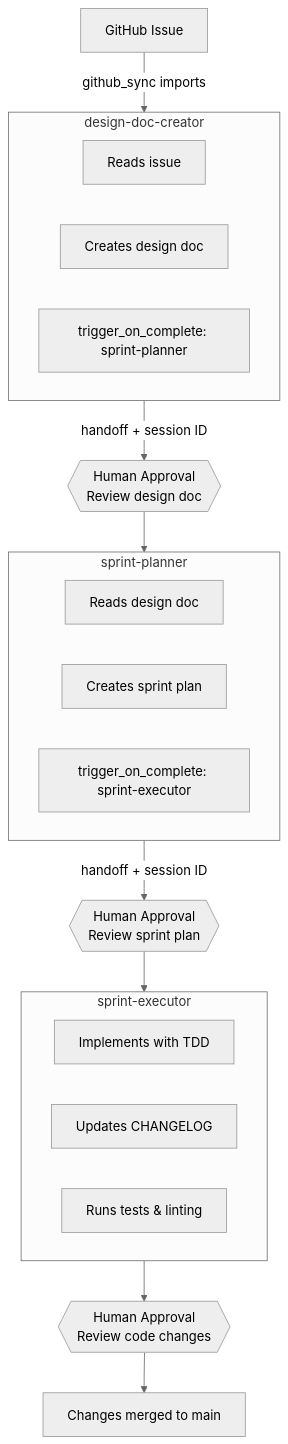
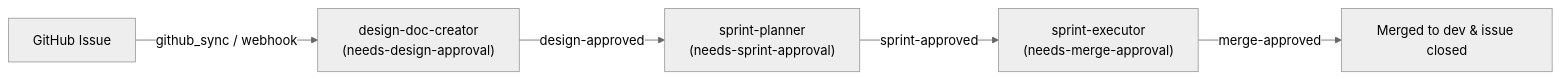
Before and after one commit to sunholo-data/ailang: the second of 4 diagrams in docs/docs/guides/coordinator.md, drawn with Mermaid (neutral theme). The commit also changed other lines of this file and 53 other files, not shown here.

````diff
--- a/docs/docs/guides/coordinator.md
+++ b/docs/docs/guides/coordinator.md
@@ -469,38 +84,7 @@
 ```mermaid
-flowchart TB
-    Issue["GitHub Issue"]
-
-    subgraph DDC["design-doc-creator"]
-        DDC1["Reads issue"]
-        DDC2["Creates design doc"]
-        DDC3["trigger_on_complete: sprint-planner"]
-    end
-
-    Approval1{{"Human Approval<br/>Review design doc"}}
-
-    subgraph SP["sprint-planner"]
-        SP1["Reads design doc"]
-        SP2["Creates sprint plan"]
-        SP3["trigger_on_complete: sprint-executor"]
-    end
-
-    Approval2{{"Human Approval<br/>Review sprint plan"}}
-
-    subgraph SE["sprint-executor"]
-        SE1["Implements with TDD"]
-        SE2["Updates CHANGELOG"]
-        SE3["Runs tests & linting"]
-    end
-
-    Approval3{{"Human Approval<br/>Review code changes"}}
-
-    Merged["Changes merged to main"]
-
-    Issue -->|"github_sync imports"| DDC
-    DDC -->|"handoff + session ID"| Approval1
-    Approval1 --> SP
-    SP -->|"handoff + session ID"| Approval2
-    Approval2 --> SE
-    SE --> Approval3
-    Approval3 --> Merged
+flowchart LR
+    Issue["GitHub Issue"] -->|"github_sync / webhook"| DDC["design-doc-creator\n(needs-design-approval)"]
+    DDC -->|"design-approved"| SP["sprint-planner\n(needs-sprint-approval)"]
+    SP -->|"sprint-approved"| SE["sprint-executor\n(needs-merge-approval)"]
+    SE -->|"merge-approved"| Merged["Merged to dev & issue closed"]
 ```
````
